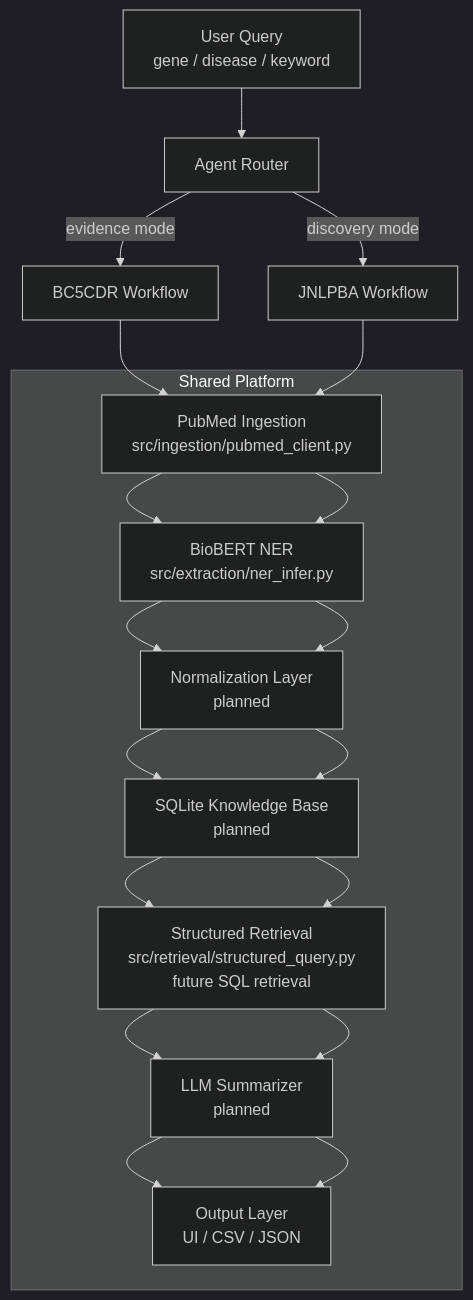
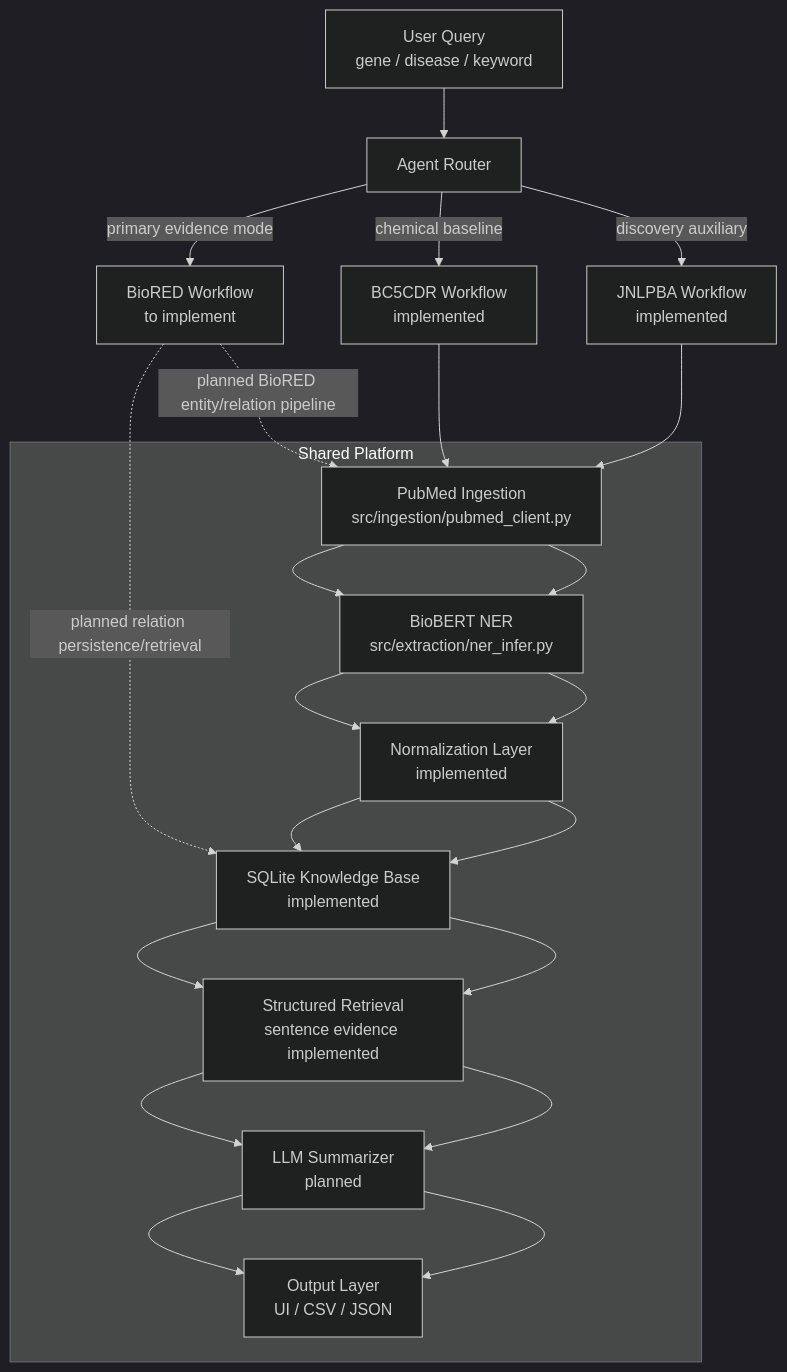
The first of 2 diagrams in doc/system_architecture_diagram.md (Yi104/biomedical_literature_intelligence_engine), drawn with Mermaid (dark theme) before and after one commit. The commit also changed other lines of this file and 32 other files, not shown here.

Commit message:
add BioRED

````diff
--- a/doc/system_architecture_diagram.md
+++ b/doc/system_architecture_diagram.md
@@ -7,19 +7,22 @@
 ```mermaid
 flowchart TB
     U[User Query<br/>gene / disease / keyword] --> A[Agent Router]
-    A -->|evidence mode| B[BC5CDR Workflow]
-    A -->|discovery mode| C[JNLPBA Workflow]
+    A -->|primary evidence mode| R[BioRED Workflow<br/>to implement]
+    A -->|chemical baseline| B[BC5CDR Workflow<br/>implemented]
+    A -->|discovery auxiliary| C[JNLPBA Workflow<br/>implemented]
 
     subgraph Shared Platform
         D[PubMed Ingestion<br/>src/ingestion/pubmed_client.py]
         E[BioBERT NER<br/>src/extraction/ner_infer.py]
-        F[Normalization Layer<br/>planned]
-        G[SQLite Knowledge Base<br/>planned]
-        H[Structured Retrieval<br/>src/retrieval/structured_query.py<br/>future SQL retrieval]
+        F[Normalization Layer<br/>implemented]
+        G[SQLite Knowledge Base<br/>implemented]
+        H[Structured Retrieval<br/>sentence evidence implemented]
         I[LLM Summarizer<br/>planned]
         J[Output Layer<br/>UI / CSV / JSON]
     end
 
+    R -. planned BioRED entity/relation pipeline .-> D
+    R -. planned relation persistence/retrieval .-> G
     B --> D --> E --> F --> G --> H --> I --> J
     C --> D --> E --> F --> G --> H --> I --> J
 ```
````
